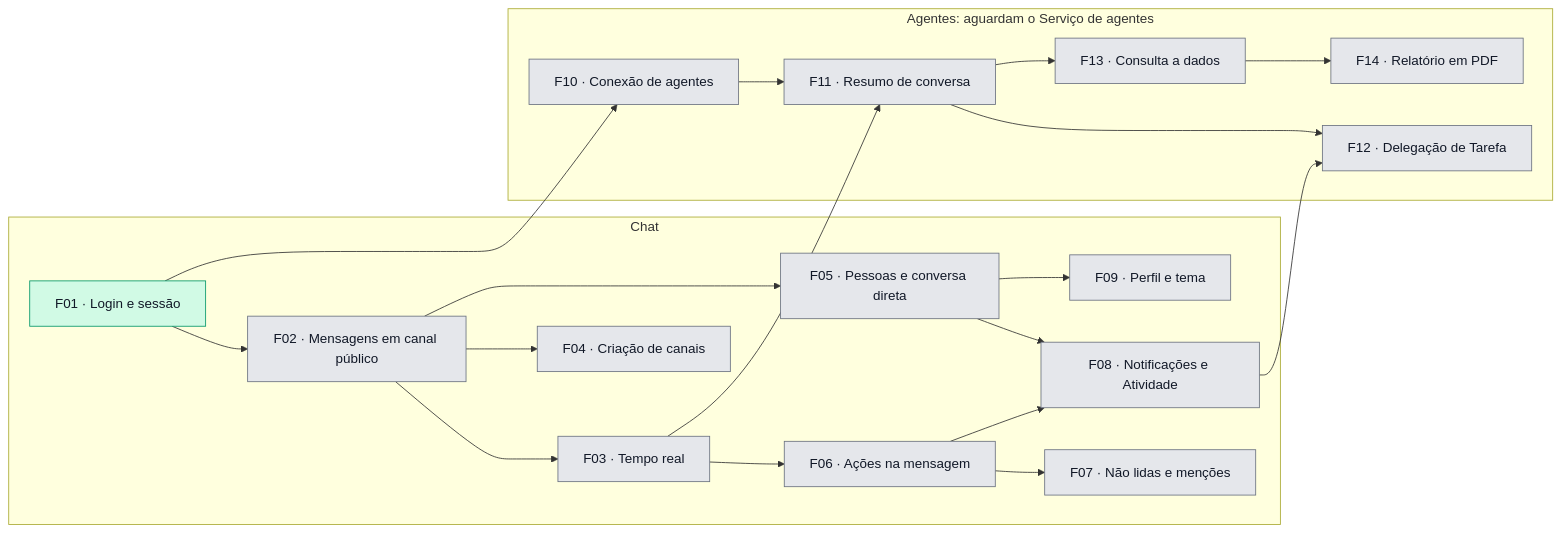
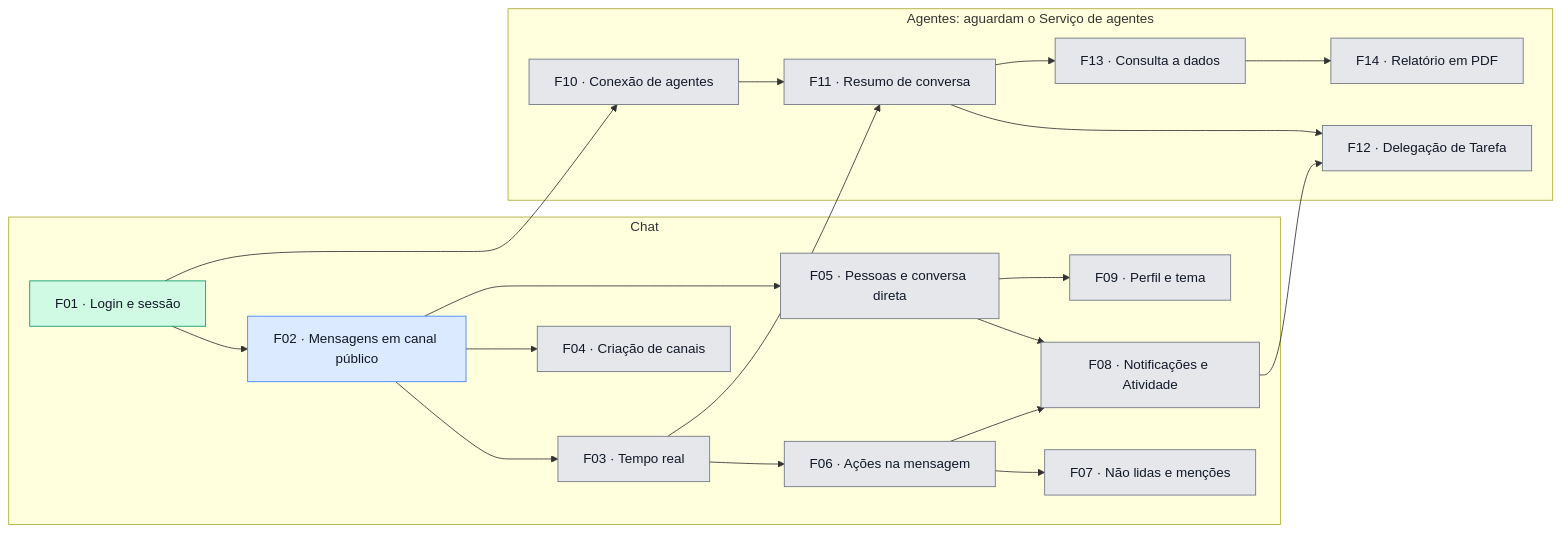
The diagram in docs/roadmap.md (1978bruno/fulldev_SKILL-Agentes-e-MCP-para-vibe-code), drawn with Mermaid before and after one commit. The commit also changed other lines of this file and 1 other file, not shown here.

Commit message:
docs: PRD da F02, mensagens em canal público
Define o que a pessoa faz com os canais públicos antes do tempo real
e da criação de canais: canais por script com todos como membros,
histórico paginado até a primeira mensagem e envio sem duplicar.

````diff
--- a/docs/roadmap.md
+++ b/docs/roadmap.md
@@ -48,48 +48,49 @@
 ```mermaid
 flowchart LR
   subgraph chat ["Chat"]
     F01["F01 · Login e sessão"]
     F02["F02 · Mensagens em canal público"]
     F03["F03 · Tempo real"]
     F04["F04 · Criação de canais"]
     F05["F05 · Pessoas e conversa direta"]
     F06["F06 · Ações na mensagem"]
     F07["F07 · Não lidas e menções"]
     F08["F08 · Notificações e Atividade"]
     F09["F09 · Perfil e tema"]
   end
 
   subgraph agentes ["Agentes: aguardam o Serviço de agentes"]
     F10["F10 · Conexão de agentes"]
     F11["F11 · Resumo de conversa"]
     F12["F12 · Delegação de Tarefa"]
     F13["F13 · Consulta a dados"]
     F14["F14 · Relatório em PDF"]
   end
 
   F01 --> F02
   F02 --> F03
   F02 --> F04
   F02 --> F05
   F03 --> F06
   F06 --> F07
   F05 --> F08
   F06 --> F08
   F05 --> F09
   F01 --> F10
   F03 --> F11
   F10 --> F11
   F08 --> F12
   F11 --> F12
   F11 --> F13
   F13 --> F14
 
   classDef planejada fill:#e5e7eb,stroke:#6b7280,color:#111827
   classDef prdPronto fill:#dbeafe,stroke:#3b82f6,color:#111827
   classDef specPronta fill:#bfdbfe,stroke:#1d4ed8,color:#111827
   classDef emAndamento fill:#fef3c7,stroke:#d97706,color:#111827
   classDef concluida fill:#d1fae5,stroke:#059669,color:#111827
 
   class F01 concluida
-  class F02,F03,F04,F05,F06,F07,F08,F09,F10,F11,F12,F13,F14 planejada
+  class F02 prdPronto
+  class F03,F04,F05,F06,F07,F08,F09,F10,F11,F12,F13,F14 planejada
 ```
````
